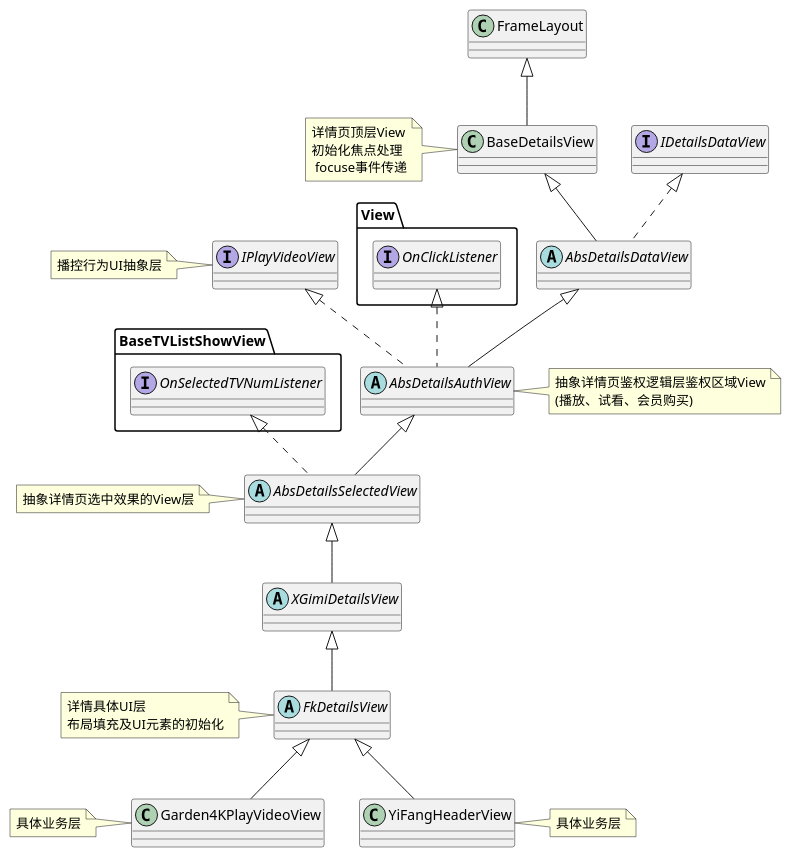
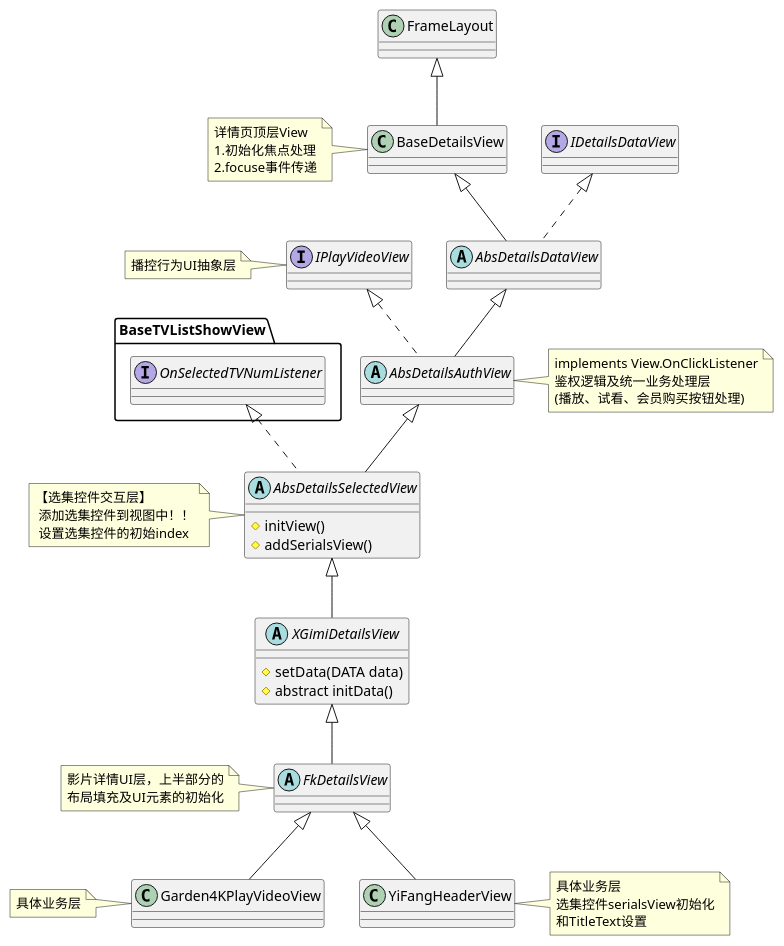
Before and after one commit to kivensolo/GreekMythologyRep: the diagram in uml/XGimi-4K DetailModle.puml, drawn with PlantUML.

Commit message:
title(update): update gimi-4k uml file reason: update effect: none.

```diff
--- a/uml/XGimi-4K DetailModle.puml
+++ b/uml/XGimi-4K DetailModle.puml
@@ -1,38 +1,45 @@
 @startuml
 interface IDetailsDataView
 
 abstract class BaseDetailsView
-note left: 详情页顶层View\n初始化焦点处理\n focuse事件传递
+note left: 详情页顶层View \n1.初始化焦点处理\n2.focuse事件传递
 class BaseDetailsView extends FrameLayout
 abstract class AbsDetailsAuthView
-note right: 抽象详情页鉴权逻辑层鉴权区域View\n(播放、试看、会员购买)
+note right: implements View.OnClickListener\n鉴权逻辑及统一业务处理层\n(播放、试看、会员购买按钮处理)
 abstract class AbsDetailsDataView extends BaseDetailsView
 abstract class AbsDetailsDataView implements IDetailsDataView
 
 interface IPlayVideoView
 note left: 播控行为UI抽象层
 abstract class AbsDetailsAuthView extends AbsDetailsDataView
 abstract class AbsDetailsAuthView implements IPlayVideoView
-abstract class AbsDetailsAuthView implements View.OnClickListener
 
 abstract class AbsDetailsSelectedView
-note left: 抽象详情页选中效果的View层
+note left: 【选集控件交互层】\n 添加选集控件到视图中！！\n 设置选集控件的初始index
 abstract class AbsDetailsSelectedView extends AbsDetailsAuthView
-abstract class AbsDetailsSelectedView implements BaseTVListShowView.OnSelectedTVNumListener
+abstract class AbsDetailsSelectedView implements BaseTVListShowView.OnSelectedTVNumListener{
+    # initView()
+    # addSerialsView()
+}
 
 abstract class XGimiDetailsView
-abstract class XGimiDetailsView extends AbsDetailsSelectedView
+abstract class XGimiDetailsView extends AbsDetailsSelectedView{
+
+   # setData(DATA data)
+   # abstract initData()
+
+}
 
 abstract class FkDetailsView
-note left: 详情具体UI层\n布局填充及UI元素的初始化
+note left: 影片详情UI层，上半部分的\n布局填充及UI元素的初始化
 abstract class FkDetailsView extends XGimiDetailsView
 
 class Garden4KPlayVideoView
 note left: 具体业务层
 class Garden4KPlayVideoView extends FkDetailsView
 
 class YiFangHeaderView
-note right: 具体业务层
+note right: 具体业务层\n选集控件serialsView初始化\n和TitleText设置
 class YiFangHeaderView extends FkDetailsView
 
 @enduml
```
